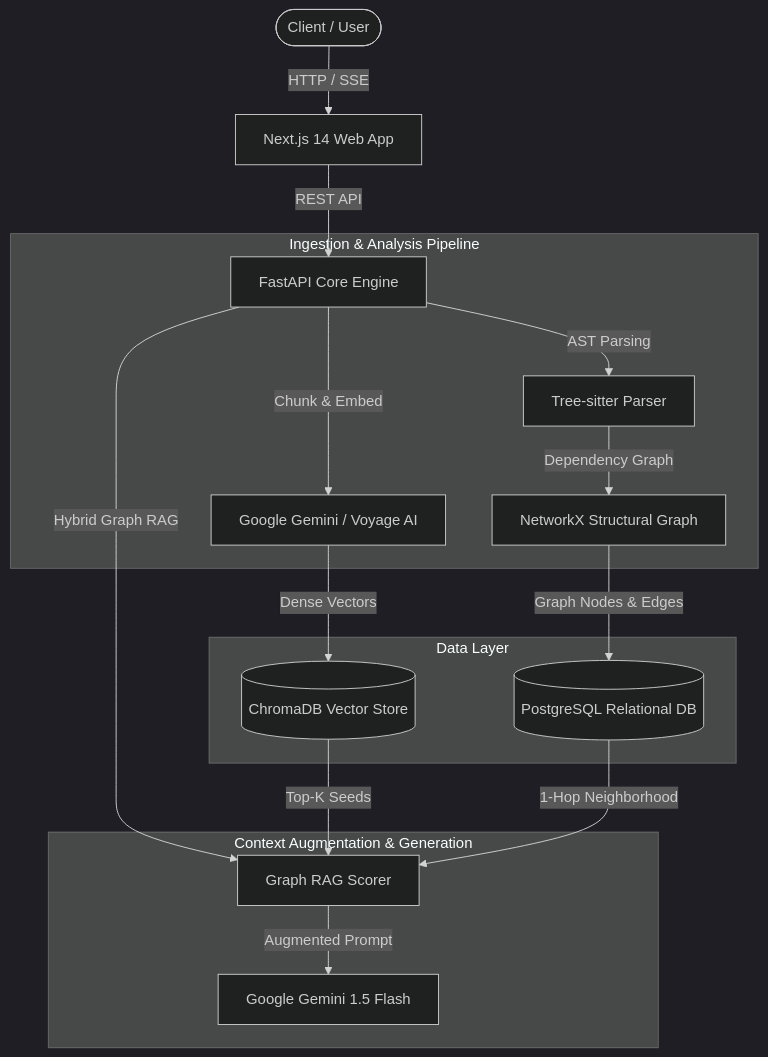
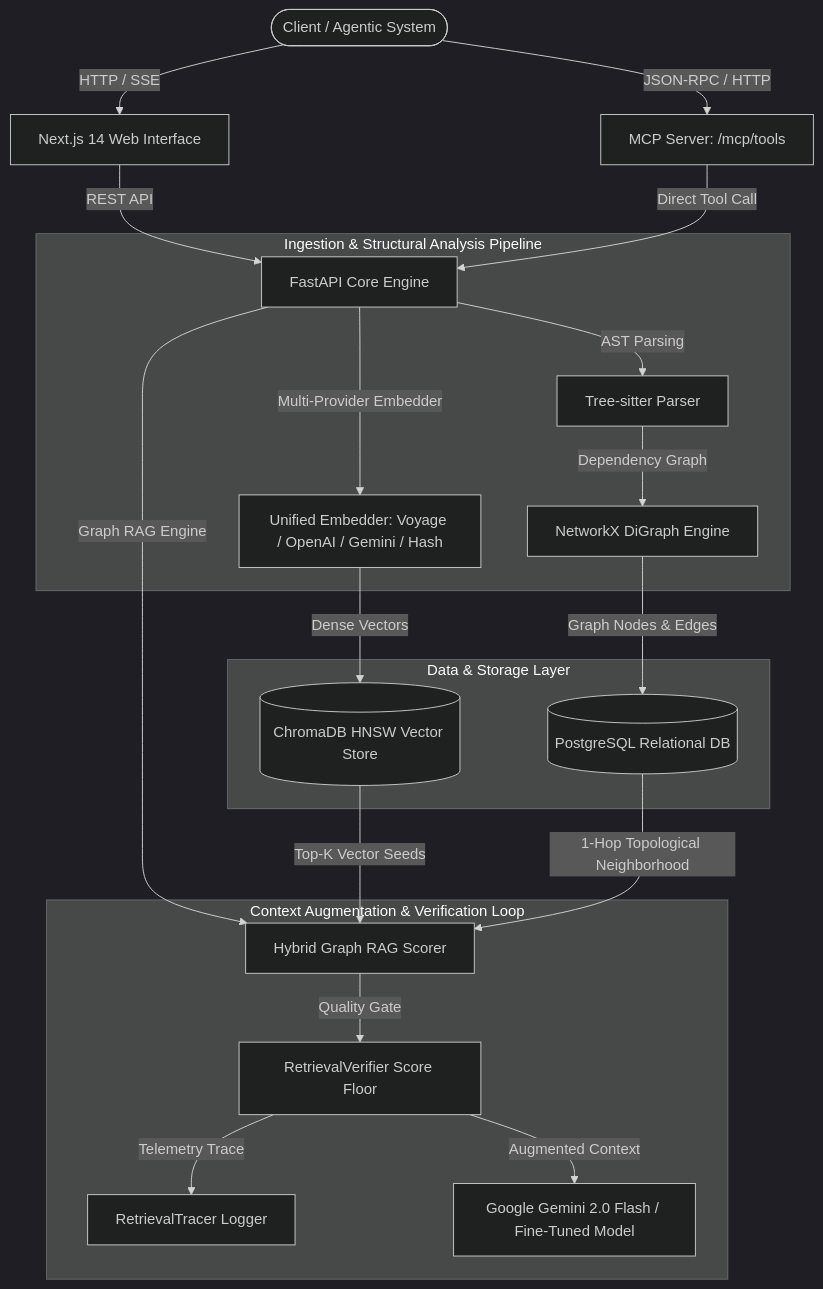
The diagram in README.md (Gaurav711cgu/Codesage), drawn with Mermaid (dark theme) before and after one commit. The commit also changed other lines of this file and 13 other files, not shown here.

Commit message:
feat(codesagez): upgrade harness engineering, MCP server, unified embeddings & master enterprise README

````diff
--- a/README.md
+++ b/README.md
@@ -51,23 +83,28 @@
 ```mermaid
 graph TD
-    User([Client / User]) -->|HTTP / SSE| Frontend[Next.js 14 Web App]
+    User([Client / Agentic System]) -->|HTTP / SSE| Frontend[Next.js 14 Web Interface]
+    User -->|JSON-RPC / HTTP| MCPServer[MCP Server: /mcp/tools]
+    
     Frontend -->|REST API| Backend[FastAPI Core Engine]
+    MCPServer -->|Direct Tool Call| Backend
     
-    subgraph Ingestion & Analysis Pipeline
+    subgraph Ingestion & Structural Analysis Pipeline
         Backend -->|AST Parsing| TreeSitter[Tree-sitter Parser]
-        TreeSitter -->|Dependency Graph| CallGraph[NetworkX Structural Graph]
-        Backend -->|Chunk & Embed| Embedder[Google Gemini / Voyage AI]
+        TreeSitter -->|Dependency Graph| CallGraph[NetworkX DiGraph Engine]
+        Backend -->|Multi-Provider Embedder| Embedder[Unified Embedder: Voyage / OpenAI / Gemini / Hash]
     end
     
-    subgraph Data Layer
-        Embedder -->|Dense Vectors| ChromaDB[(ChromaDB Vector Store)]
+    subgraph Data & Storage Layer
+        Embedder -->|Dense Vectors| ChromaDB[(ChromaDB HNSW Vector Store)]
         CallGraph -->|Graph Nodes & Edges| Postgres[(PostgreSQL Relational DB)]
     end
     
-    subgraph Context Augmentation & Generation
-        Backend -->|Hybrid Graph RAG| RAGEngine[Graph RAG Scorer]
-        ChromaDB -->|Top-K Seeds| RAGEngine
-        Postgres -->|1-Hop Neighborhood| RAGEngine
-        RAGEngine -->|Augmented Prompt| GeminiAPI[Google Gemini 1.5 Flash]
+    subgraph Context Augmentation & Verification Loop
+        Backend -->|Graph RAG Engine| RAGScorer[Hybrid Graph RAG Scorer]
+        ChromaDB -->|Top-K Vector Seeds| RAGScorer
+        Postgres -->|1-Hop Topological Neighborhood| RAGScorer
+        RAGScorer -->|Quality Gate| Verifier[RetrievalVerifier Score Floor]
+        Verifier -->|Telemetry Trace| Tracer[RetrievalTracer Logger]
+        Verifier -->|Augmented Context| GeminiAPI[Google Gemini 2.0 Flash / Fine-Tuned Model]
     end
 ```
````
